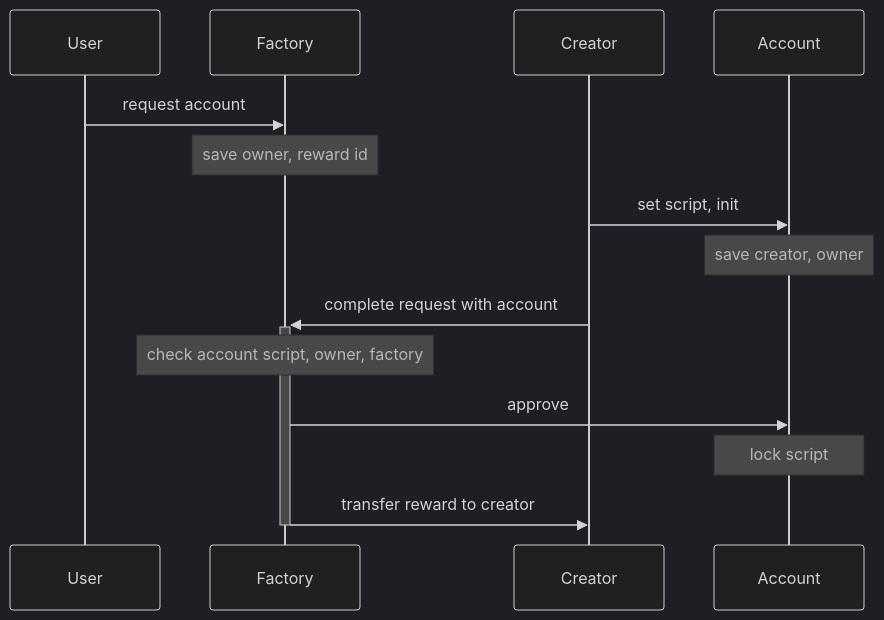
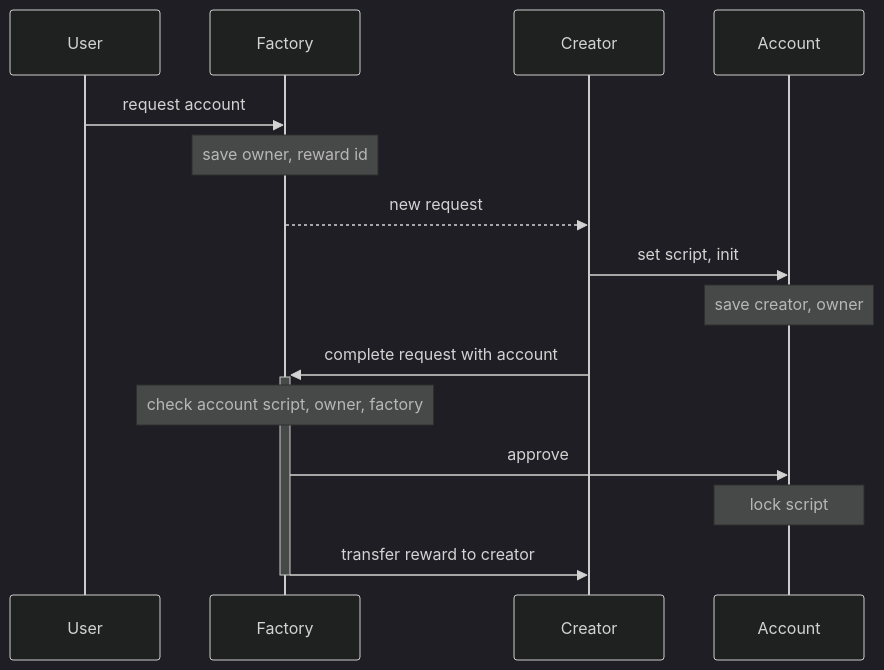
One commit to waves-exchange/contracts changed the first of 2 diagrams in ride/grid-trading/info.md. Above: the diagram before and after it, drawn with Mermaid (dark theme).

Commit message:
info update

````diff
--- a/ride/grid-trading/info.md
+++ b/ride/grid-trading/info.md
@@ -40,12 +40,13 @@
 ```mermaid
 sequenceDiagram
   User ->> Factory: request account
   Note over Factory: save owner, reward id
+  Factory -->> Creator: new request
   Creator ->> Account: set script, init
   Note over Account: save creator, owner
   Creator ->>+ Factory: complete request with account
   Note over Factory: check account script, owner, factory
   Factory ->> Account: approve
   Note over Account: lock script
   Factory ->>- Creator: transfer reward to creator
 ```
````
